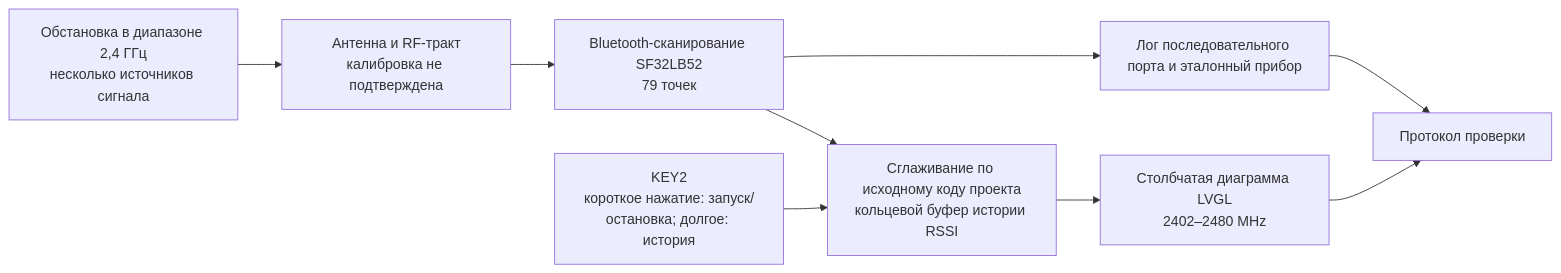
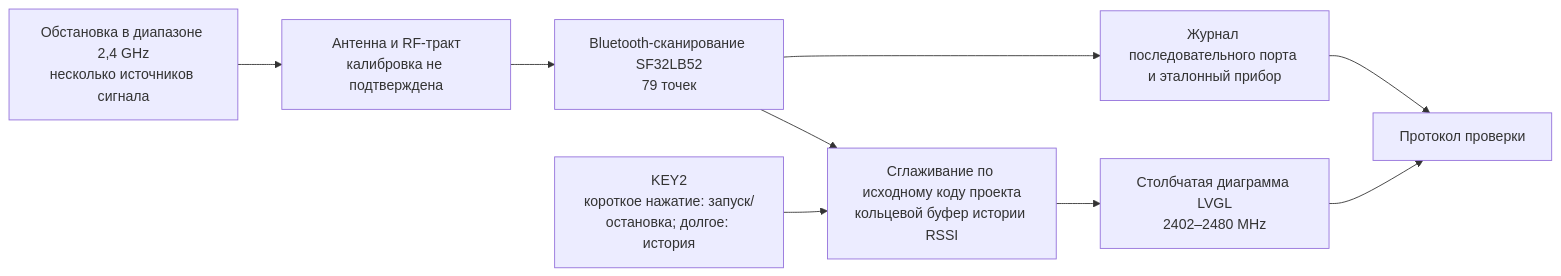
Before and after one commit to uForge-io/uforge-site: the diagram in docs_ru/projects/radiation-monitor.md, drawn with Mermaid. The commit also changed other lines of this file and 1299 other files, not shown here.

````diff
--- a/docs_ru/projects/radiation-monitor.md
+++ b/docs_ru/projects/radiation-monitor.md
@@ -122,11 +126,11 @@
 ```mermaid
 flowchart LR
-    E["Обстановка в диапазоне 2,4 ГГц\nнесколько источников сигнала"] --> A["Антенна и RF-тракт\nкалибровка не подтверждена"]
+    E["Обстановка в диапазоне 2,4 GHz\nнесколько источников сигнала"] --> A["Антенна и RF-тракт\nкалибровка не подтверждена"]
     A --> R["Bluetooth-сканирование SF32LB52\n79 точек"]
     R --> S["Сглаживание по исходному коду проекта\nкольцевой буфер истории RSSI"]
     S --> U["Столбчатая диаграмма LVGL\n2402–2480 MHz"]
     K["KEY2\nкороткое нажатие: запуск/остановка; долгое: история"] --> S
-    L["Лог последовательного порта и эталонный прибор"] --> V["Протокол проверки"]
+    L["Журнал последовательного порта и эталонный прибор"] --> V["Протокол проверки"]
     R --> L
     U --> V
 ```
````
